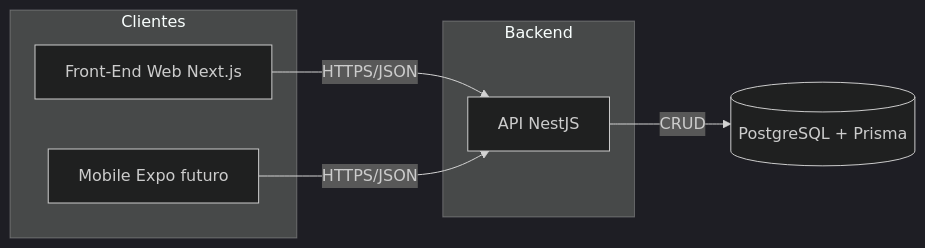
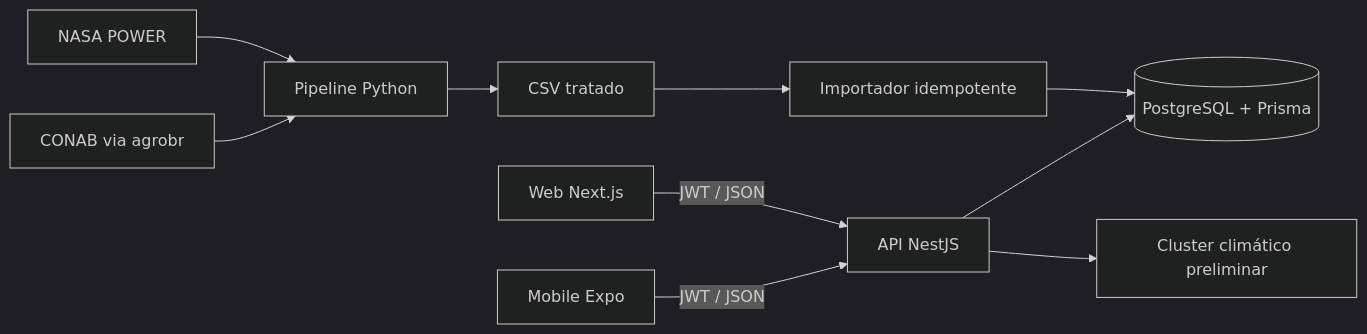
The diagram in README.md (FatecFranca/DSM-G07-PI6-2026-2), drawn with Mermaid (dark theme) before and after one commit. The commit also changed other lines of this file and 23 other files, not shown here.

````diff
--- a/README.md
+++ b/README.md
@@ -49,17 +83,12 @@
 ```mermaid
 flowchart LR
-    subgraph Clientes
-        WEB[Front-End Web Next.js]
-        MOB[Mobile Expo futuro]
-    end
-
-    subgraph Backend
-        API[API NestJS]
-    end
-
-    DB[(PostgreSQL + Prisma)]
-
-    WEB -->|HTTPS/JSON| API
-    MOB -->|HTTPS/JSON| API
-    API -->|CRUD| DB
+    NASA[NASA POWER] --> PIPE[Pipeline Python]
+    CONAB[CONAB via agrobr] --> PIPE
+    PIPE --> CSV[CSV tratado]
+    CSV --> IMPORT[Importador idempotente]
+    IMPORT --> DB[(PostgreSQL + Prisma)]
+    WEB[Web Next.js] -->|JWT / JSON| API[API NestJS]
+    MOB[Mobile Expo] -->|JWT / JSON| API
+    API --> DB
+    API --> CLUSTER[Cluster climático preliminar]
 ```
````
